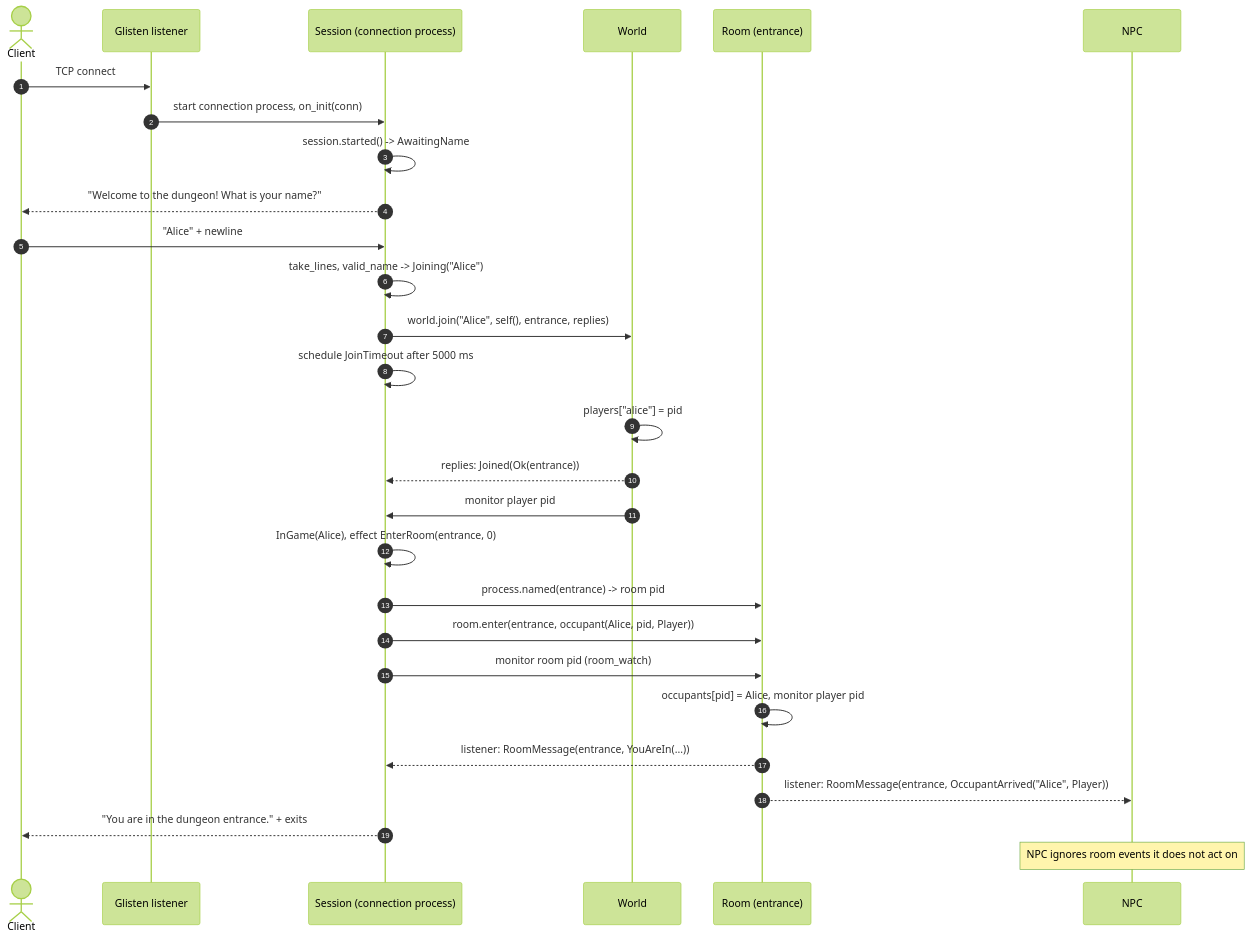
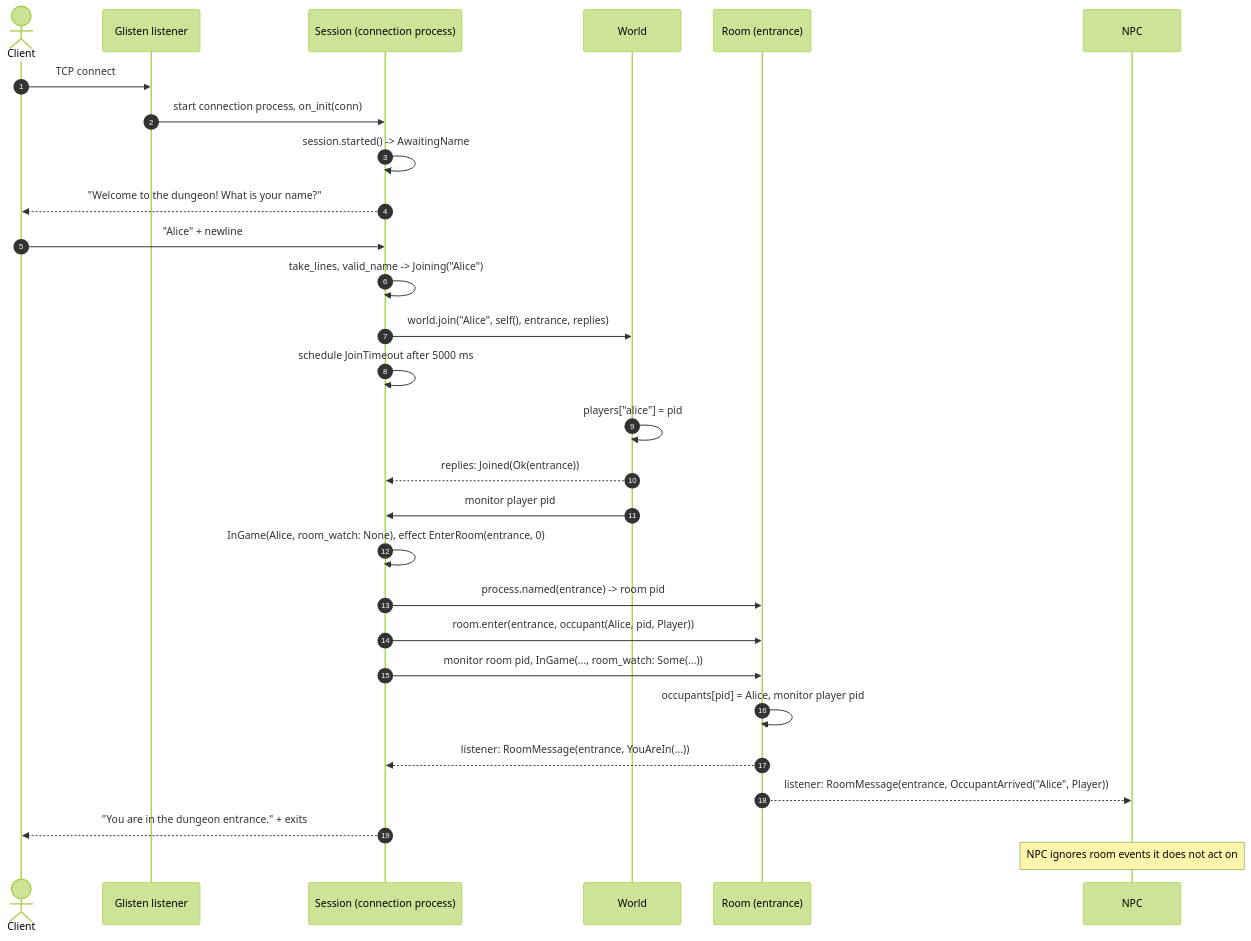
The second of 9 diagrams in README.md (dlozeve/mud), drawn with Mermaid (forest theme) before and after one commit. The commit also changed other lines of this file, not shown here.

First line of the commit message:
docs: update README flows for the refactored types

````diff
--- a/README.md
+++ b/README.md
@@ -120,31 +120,31 @@
 ```mermaid
 sequenceDiagram
   autonumber
   actor C as Client
   participant L as Glisten listener
   participant S as Session (connection process)
   participant W as World
   participant R as Room (entrance)
   participant N as NPC
 
   C->>L: TCP connect
   L->>S: start connection process, on_init(conn)
   S->>S: session.started() -> AwaitingName
   S-->>C: "Welcome to the dungeon! What is your name?"
   C->>S: "Alice" + newline
   S->>S: take_lines, valid_name -> Joining("Alice")
   S->>W: world.join("Alice", self(), entrance, replies)
   S->>S: schedule JoinTimeout after 5000 ms
   W->>W: players["alice"] = pid
   W-->>S: replies: Joined(Ok(entrance))
   W->>S: monitor player pid
-  S->>S: InGame(Alice), effect EnterRoom(entrance, 0)
+  S->>S: InGame(Alice, room_watch: None), effect EnterRoom(entrance, 0)
   S->>R: process.named(entrance) -> room pid
   S->>R: room.enter(entrance, occupant(Alice, pid, Player))
-  S->>R: monitor room pid (room_watch)
+  S->>R: monitor room pid, InGame(..., room_watch: Some(...))
   R->>R: occupants[pid] = Alice, monitor player pid
   R-->>S: listener: RoomMessage(entrance, YouAreIn(...))
   R-->>N: listener: RoomMessage(entrance, OccupantArrived("Alice", Player))
   S-->>C: "You are in the dungeon entrance." + exits
   Note over N: NPC ignores room events it does not act on
 ```
````
